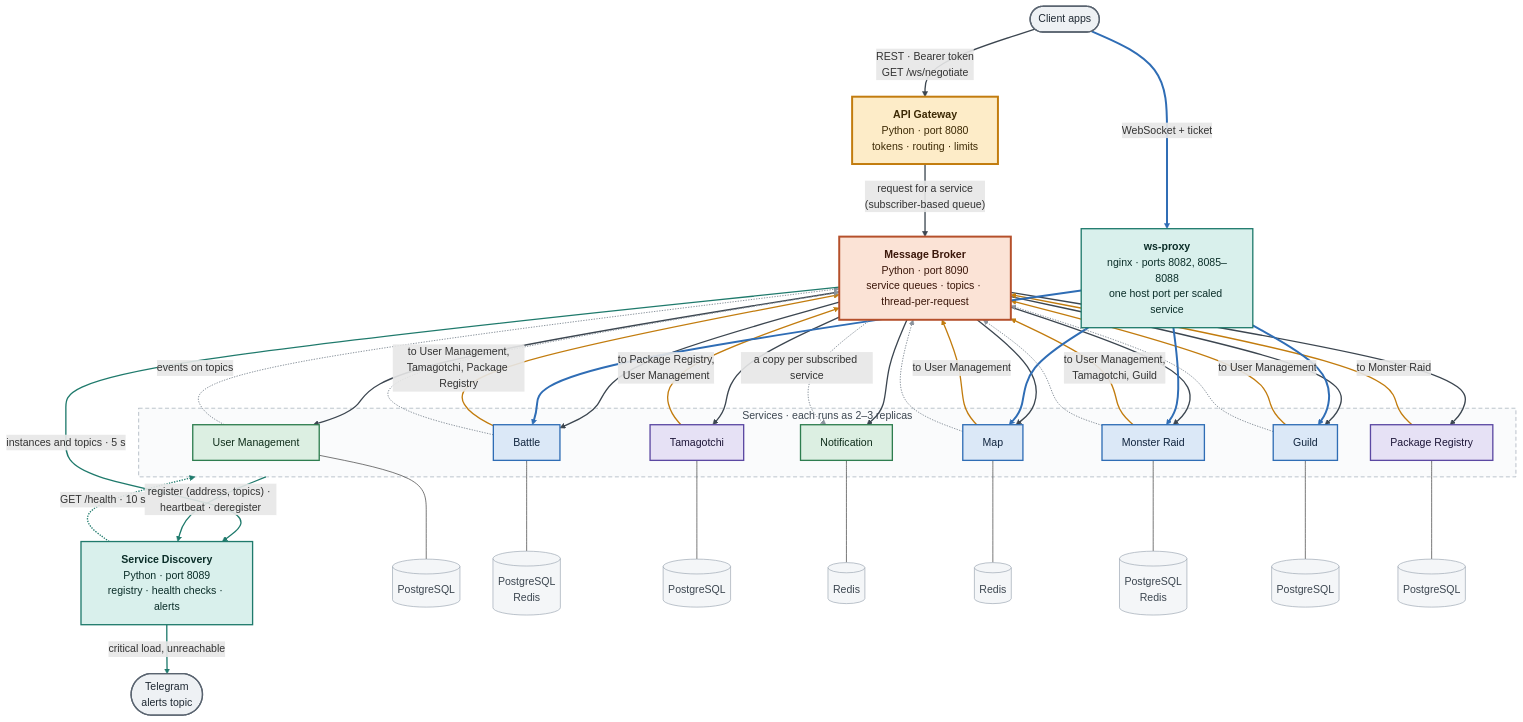
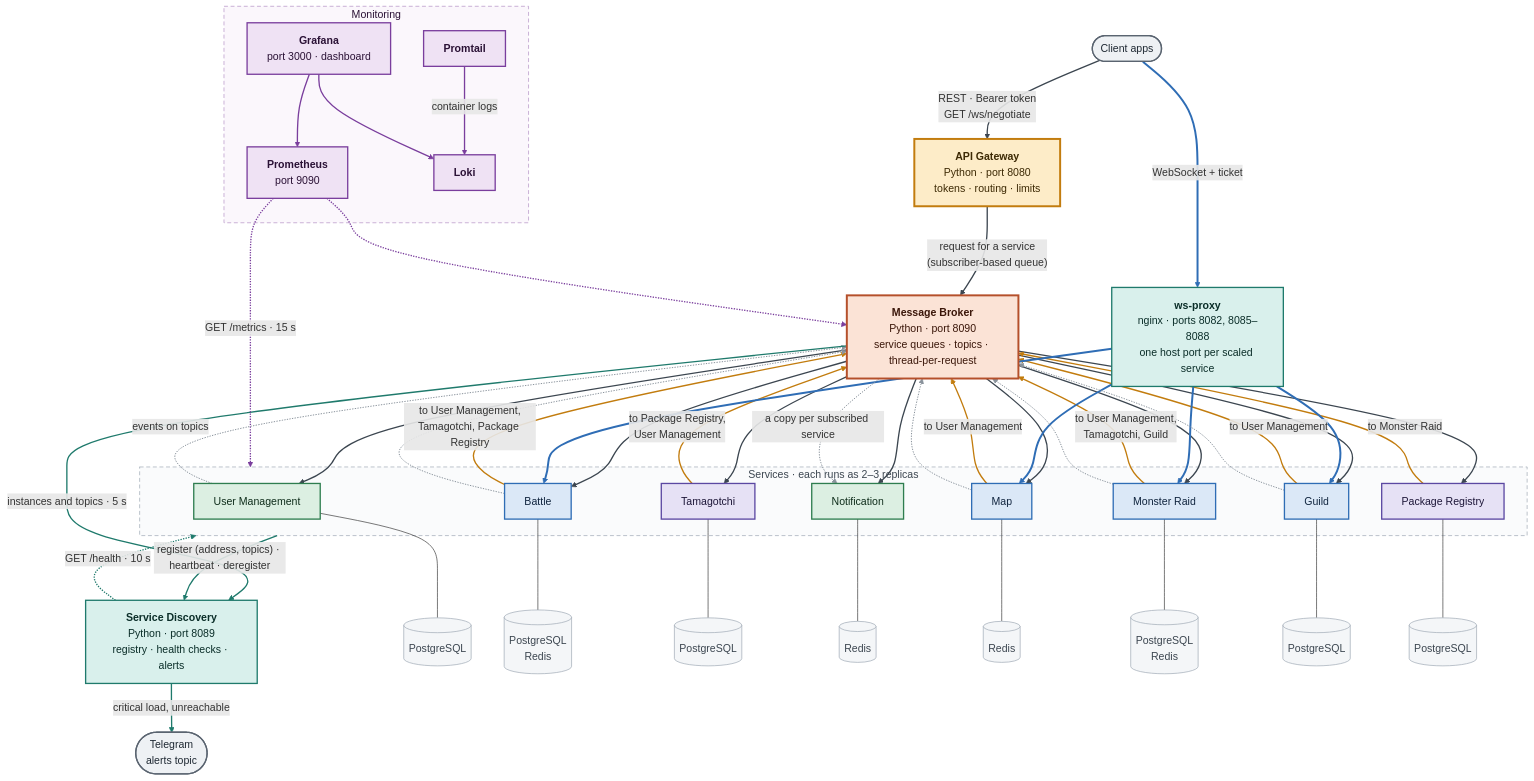
Before and after one commit to IsStephy/pad-team-14-tamagotchi-go: the diagram in docs/images/architecture.mmd, drawn with Mermaid. The commit also changed 2 other files, not shown here.

Commit message:
docs(architecture): add the monitoring stack to the diagram

```diff
--- a/docs/images/architecture.mmd
+++ b/docs/images/architecture.mmd
@@ -1,119 +1,140 @@
 flowchart TB
     %% Architecture diagram - the source of architecture.png (render steps in the README).
     %% Solid dark arrows: client requests, from the Gateway through the broker to one replica.
     %% Amber arrows: service-to-service calls, through the broker.
     %% Thick blue arrows: WebSockets - negotiated by the Gateway, then through ws-proxy to a replica.
     %% Dotted grey arrows: events published on a topic; the broker hands a copy to each subscribed service.
     %% Teal arrows: Service Discovery - registration with topics, health checks, alerts, instance lists.
+    %% Purple arrows: monitoring - Prometheus scrapes /metrics, Promtail ships logs to Loki, Grafana shows both.
 
     Client(["Client apps"])
     GW["<b>API Gateway</b><br/>Python · port 8080<br/>tokens · routing · limits"]
     MB["<b>Message Broker</b><br/>Python · port 8090<br/>service queues · topics · thread-per-request"]
     WP["<b>ws-proxy</b><br/>nginx · ports 8082, 8085–8088<br/>one host port per scaled service"]
     SD["<b>Service Discovery</b><br/>Python · port 8089<br/>registry · health checks · alerts"]
     TGM(["Telegram<br/>alerts topic"])
+
+    subgraph Monitoring["Monitoring"]
+        PM["<b>Prometheus</b><br/>port 9090"]
+        PT["<b>Promtail</b>"]
+        LK["<b>Loki</b>"]
+        GF["<b>Grafana</b><br/>port 3000 · dashboard"]
+    end
 
     subgraph Services["Services · each runs as 2–3 replicas"]
         UM["User Management"]
         BT["Battle"]
         TG["Tamagotchi"]
         NT["Notification"]
         MP["Map"]
         MR["Monster Raid"]
         GD["Guild"]
         PR["Package Registry"]
     end
 
     UMdb[("PostgreSQL")]
     BTdb[("PostgreSQL<br/>Redis")]
     TGdb[("PostgreSQL")]
     NTdb[("Redis")]
     MPdb[("Redis")]
     MRdb[("PostgreSQL<br/>Redis")]
     GDdb[("PostgreSQL")]
     PRdb[("PostgreSQL")]
 
     %% Clients reach the system only through the Gateway.
     Client -->|"REST · Bearer token<br/>GET /ws/negotiate"| GW
 
     %% The Gateway checks the token and puts the request on the target
     %% service's queue in the broker; one replica answers.
     GW -->|"request for a service<br/>(subscriber-based queue)"| MB
     MB --> UM
     MB --> BT
     MB --> TG
     MB --> NT
     MB --> MP
     MB --> MR
     MB --> GD
     MB --> PR
 
     %% Service-to-service calls also go on the target's queue in the broker,
     %% carrying the caller's own X-Service-Key.
     BT -->|"to User Management,<br/>Tamagotchi, Package Registry"| MB
     MR -->|"to User Management,<br/>Tamagotchi, Guild"| MB
     PR -->|"to Monster Raid"| MB
     MP -->|"to User Management"| MB
     TG -->|"to Package Registry,<br/>User Management"| MB
     GD -->|"to User Management"| MB
 
     %% WebSockets: negotiated by the Gateway; the client connects to ws-proxy,
     %% which hands the socket to one replica.
     Client ==>|"WebSocket + ticket"| WP
     WP ==> BT
     WP ==> MP
     WP ==> MR
     WP ==> GD
 
     %% Events: the publisher names only a topic; the broker hands one copy to
     %% one replica of every subscribed service.
     UM -.->|"events on topics"| MB
     BT -.-> MB
     MP -.-> MB
     MR -.-> MB
     GD -.-> MB
     MB -.->|"a copy per subscribed service"| NT
 
     %% Each service owns its data store, shared by all of its replicas.
     UM --- UMdb
     BT --- BTdb
     TG --- TGdb
     NT --- NTdb
     MP --- MPdb
     MR --- MRdb
     GD --- GDdb
     PR --- PRdb
 
     %% Service Discovery: every replica registers its own address and the
     %% topics it wants; the broker reads both to route.
     Services -->|"register (address, topics) · heartbeat · deregister"| SD
     SD -.->|"GET /health · 10 s"| Services
     SD -->|"critical load, unreachable"| TGM
     MB -->|"instances and topics · 5 s"| SD
 
+    %% Monitoring: Prometheus scrapes GET /metrics on every replica (found
+    %% through Docker's DNS); Promtail ships every container's logs to Loki;
+    %% Grafana shows both on a provisioned dashboard.
+    PM -.->|"GET /metrics · 15 s"| Services
+    PM -.-> MB
+    PT -->|"container logs"| LK
+    GF --> PM
+    GF --> LK
+
     classDef client fill:#eef1f4,stroke:#5a6470,stroke-width:2px,color:#1f2933
     classDef gateway fill:#fdecc8,stroke:#c27c0e,stroke-width:3px,color:#3d2a05
     classDef broker fill:#fbe3d6,stroke:#b5502b,stroke-width:3px,color:#3b170a
     classDef blue fill:#dbe8f7,stroke:#2f6db5,stroke-width:2px,color:#10243e
     classDef purple fill:#e6e1f5,stroke:#5b48a2,stroke-width:2px,color:#1d1638
     classDef green fill:#dcefe2,stroke:#2e7d4f,stroke-width:2px,color:#0f2d1b
     classDef infra fill:#d9f0ec,stroke:#1f7a6c,stroke-width:2px,color:#0b2e29
+    classDef monitor fill:#efe2f4,stroke:#7a3e9d,stroke-width:2px,color:#2b1236
     classDef db fill:#f4f6f8,stroke:#9aa5b1,color:#3c4650
 
     class Client,TGM client
     class GW gateway
     class MB broker
     class MR,BT,GD,MP blue
     class TG,PR purple
     class UM,NT green
     class SD,WP infra
+    class PM,PT,LK,GF monitor
     class UMdb,BTdb,TGdb,NTdb,MPdb,MRdb,GDdb,PRdb db
     style Services fill:#fafbfc,stroke:#9aa5b1,stroke-dasharray:6 4,color:#3c4650
+    style Monitoring fill:#fbf7fc,stroke:#b08bc2,stroke-dasharray:6 4,color:#2b1236
 
     %% Edge colours: client requests dark, service calls amber, WebSockets
-    %% blue, events grey, Service Discovery teal.
+    %% blue, events grey, Service Discovery teal, monitoring purple.
     linkStyle 0,1,2,3,4,5,6,7,8,9 stroke:#3c4650,stroke-width:2px
     linkStyle 10,11,12,13,14,15 stroke:#c27c0e,stroke-width:2px
     linkStyle 16,17,18,19,20 stroke:#2f6db5,stroke-width:3px
     linkStyle 21,22,23,24,25,26 stroke:#8a939c,stroke-width:1.5px
     linkStyle 35,36,37,38 stroke:#1f7a6c,stroke-width:2px
+    linkStyle 39,40,41,42,43 stroke:#7a3e9d,stroke-width:2px
```
